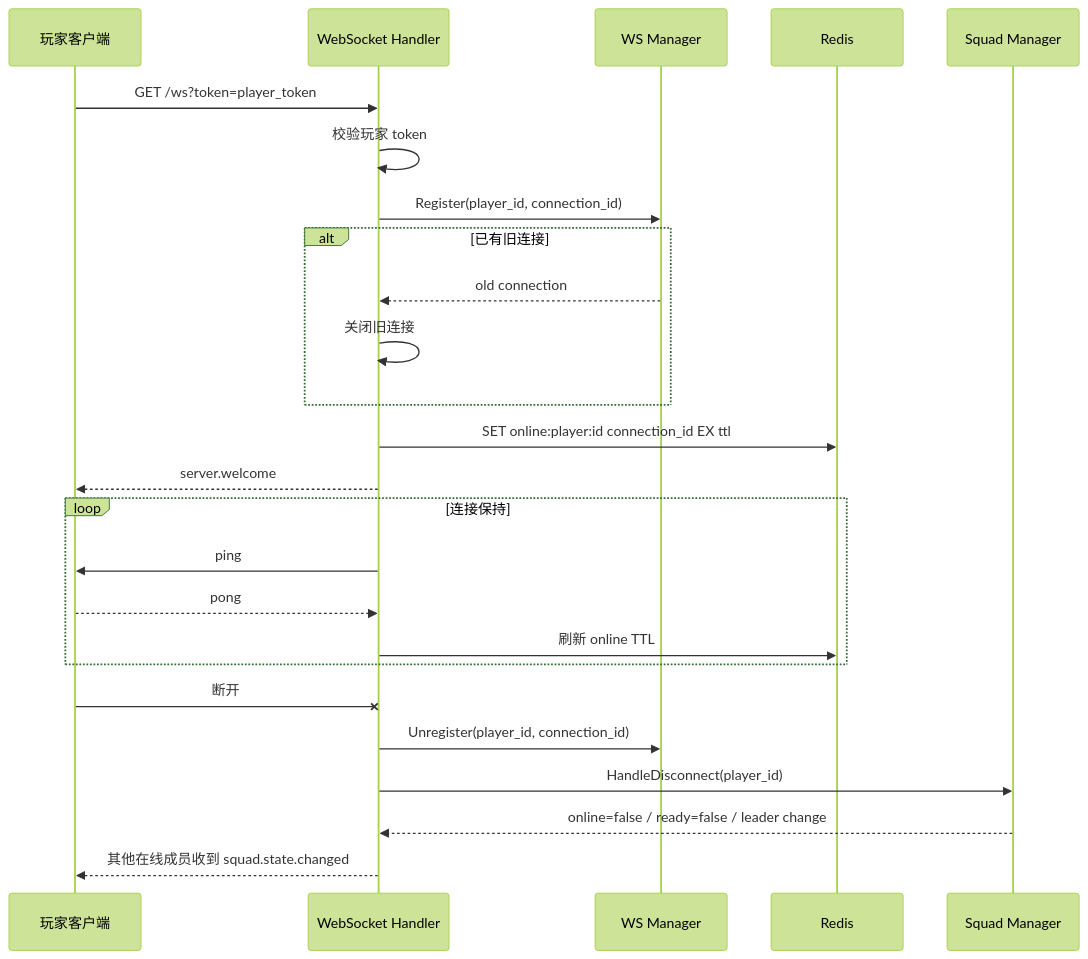
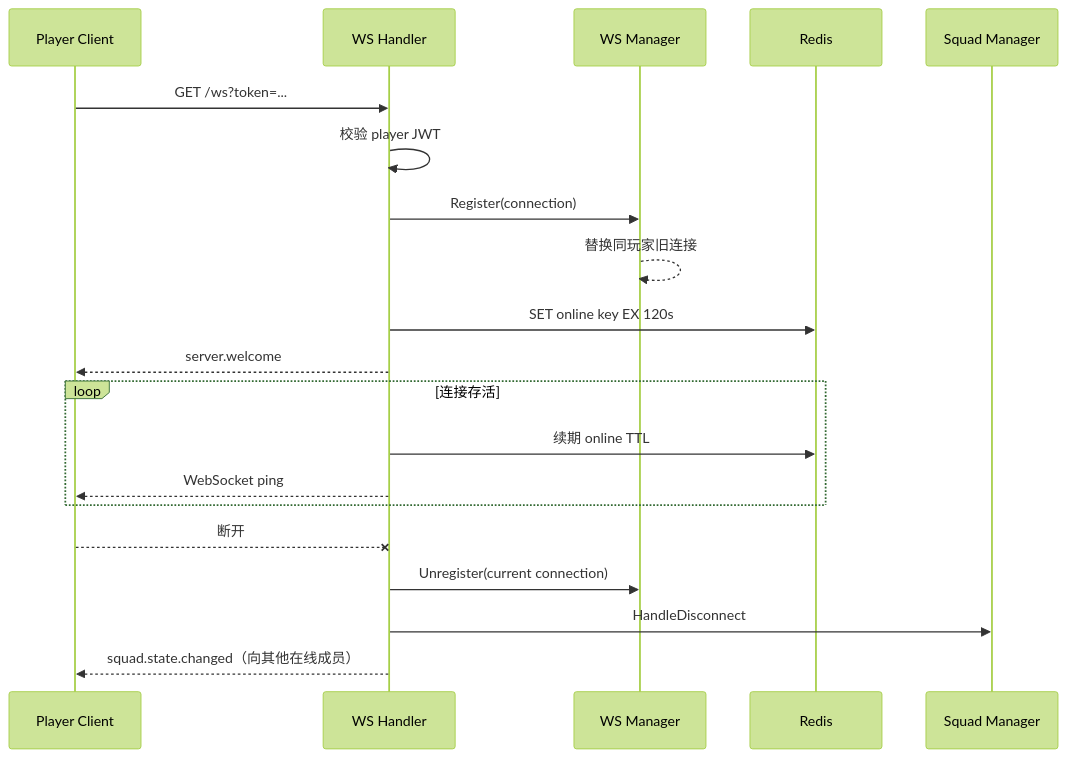
The second of 6 diagrams in docs/data-flow.md (lki-H/game-realtime-gm), drawn with Mermaid (forest theme) before and after one commit. The commit also changed other lines of this file and 22 other files, not shown here.

````diff
--- a/docs/data-flow.md
+++ b/docs/data-flow.md
@@ -48,30 +34,23 @@
 ```mermaid
 sequenceDiagram
-    participant Client as 玩家客户端
-    participant Handler as WebSocket Handler
-    participant Manager as WS Manager
-    participant Redis as Redis
-    participant Squad as Squad Manager
+    participant C as Player Client
+    participant H as WS Handler
+    participant W as WS Manager
+    participant R as Redis
+    participant S as Squad Manager
 
-    Client->>Handler: GET /ws?token=player_token
-    Handler->>Handler: 校验玩家 token
-    Handler->>Manager: Register(player_id, connection_id)
-    alt 已有旧连接
-        Manager-->>Handler: old connection
-        Handler->>Handler: 关闭旧连接
+    C->>H: GET /ws?token=...
+    H->>H: 校验 player JWT
+    H->>W: Register(connection)
+    W-->>W: 替换同玩家旧连接
+    H->>R: SET online key EX 120s
+    H-->>C: server.welcome
+    loop 连接存活
+        H->>R: 续期 online TTL
+        H-->>C: WebSocket ping
     end
-    Handler->>Redis: SET online:player:id connection_id EX ttl
-    Handler-->>Client: server.welcome
-
-    loop 连接保持
-        Handler->>Client: ping
-        Client-->>Handler: pong
-        Handler->>Redis: 刷新 online TTL
-    end
-
-    Client-xHandler: 断开
-    Handler->>Manager: Unregister(player_id, connection_id)
-    Handler->>Squad: HandleDisconnect(player_id)
-    Squad-->>Handler: online=false / ready=false / leader change
-    Handler-->>Client: 其他在线成员收到 squad.state.changed
+    C--xH: 断开
+    H->>W: Unregister(current connection)
+    H->>S: HandleDisconnect
+    H-->>C: squad.state.changed（向其他在线成员）
 ```
````
